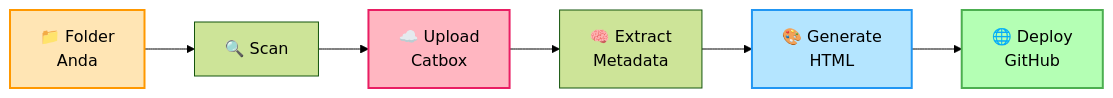
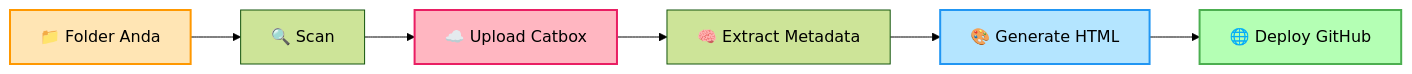
Before and after one commit to nexterade/automated-media-uploader: the first of 2 diagrams in README.md, drawn with Mermaid (forest theme). The commit also changed other lines of this file, not shown here.

````diff
--- a/README.md
+++ b/README.md
@@ -77,13 +55,12 @@
 ```mermaid
 flowchart LR
-    A["📁 Folder<br/>Anda"] --> B["🔍 Scan"]
-    B --> C["☁️ Upload<br/>Catbox"]
-    C --> D["🧠 Extract<br/>Metadata"]
-    D --> E["🎨 Generate<br/>HTML"]
-    E --> F["🌐 Deploy<br/>GitHub"]
-    
+    A["📁 Folder Anda"] --> B["🔍 Scan"]
+    B --> C["☁️ Upload Catbox"]
+    C --> D["🧠 Extract Metadata"]
+    D --> E["🎨 Generate HTML"]
+    E --> F["🌐 Deploy GitHub"]
     style A fill:#FFE5B4,stroke:#FF9800,stroke-width:2px,color:#000
     style C fill:#FFB6C1,stroke:#E91E63,stroke-width:2px,color:#000
     style E fill:#B4E5FF,stroke:#2196F3,stroke-width:2px,color:#000
     style F fill:#B4FFB4,stroke:#4CAF50,stroke-width:2px,color:#000
 ```
````
